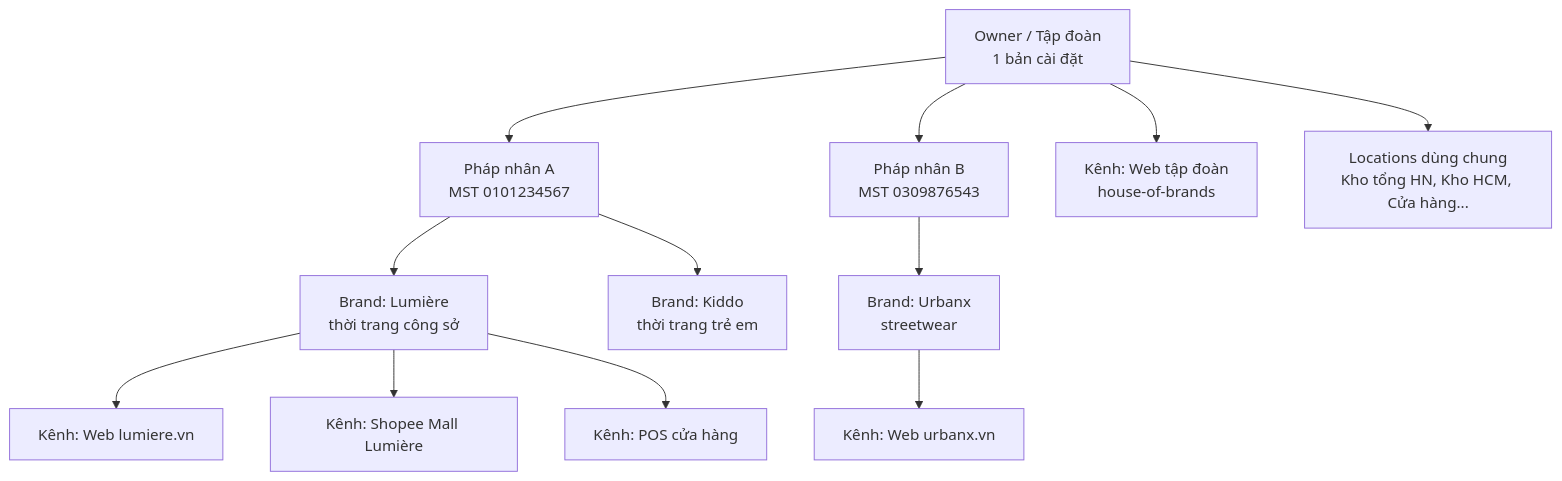
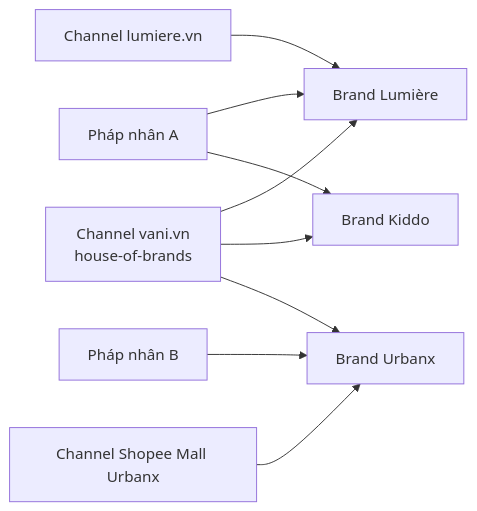
Before and after one commit to ptdat97/vanishop: the diagram in docs/12-multi-brand/multi-brand.md, drawn with Mermaid. The commit also changed other lines of this file and 58 other files, not shown here.

````diff
--- a/docs/12-multi-brand/multi-brand.md
+++ b/docs/12-multi-brand/multi-brand.md
@@ -5,14 +23,8 @@
 ```mermaid
-flowchart TD
-    O[Owner / Tập đoàn<br/>1 bản cài đặt] --> LE1[Pháp nhân A<br/>MST 0101234567]
-    O --> LE2[Pháp nhân B<br/>MST 0309876543]
-    LE1 --> B1[Brand: Lumière<br/>thời trang công sở]
-    LE1 --> B2[Brand: Kiddo<br/>thời trang trẻ em]
-    LE2 --> B3[Brand: Urbanx<br/>streetwear]
-    B1 --> C1[Kênh: Web lumiere.vn]
-    B1 --> C2[Kênh: Shopee Mall Lumière]
-    B1 --> C3[Kênh: POS cửa hàng]
-    B3 --> C4[Kênh: Web urbanx.vn]
-    O --> C5[Kênh: Web tập đoàn<br/>house-of-brands]
-    O --> L[Locations dùng chung<br/>Kho tổng HN, Kho HCM, Cửa hàng...]
+flowchart LR
+    LE1[Pháp nhân A] --> BA[Brand Lumière] & BB[Brand Kiddo]
+    LE2[Pháp nhân B] --> BC[Brand Urbanx]
+    C1[Channel lumiere.vn] --> BA
+    C2[Channel vani.vn<br/>house-of-brands] --> BA & BB & BC
+    C3[Channel Shopee Mall Urbanx] --> BC
 ```
````
